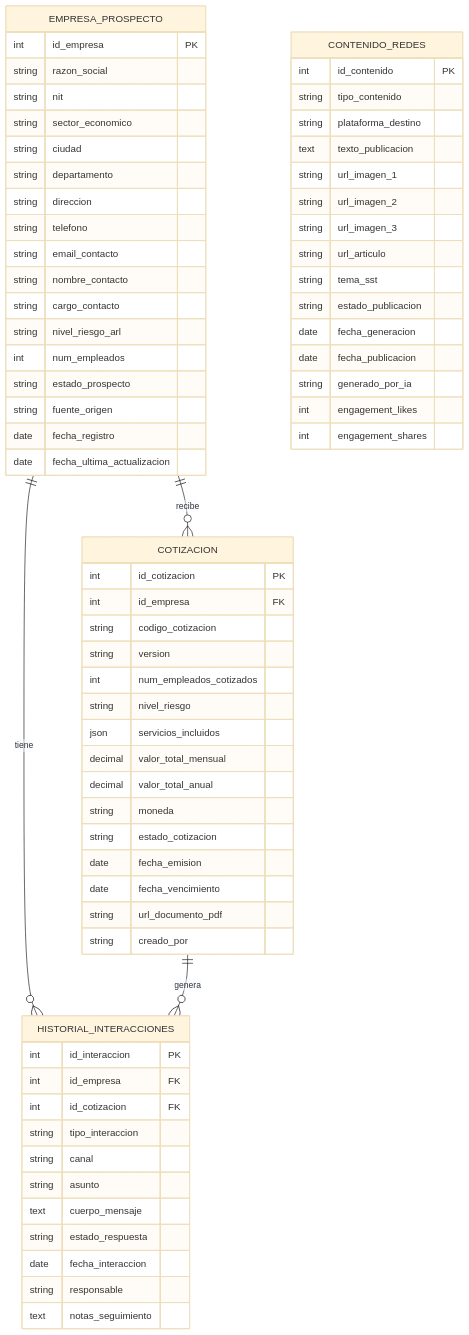
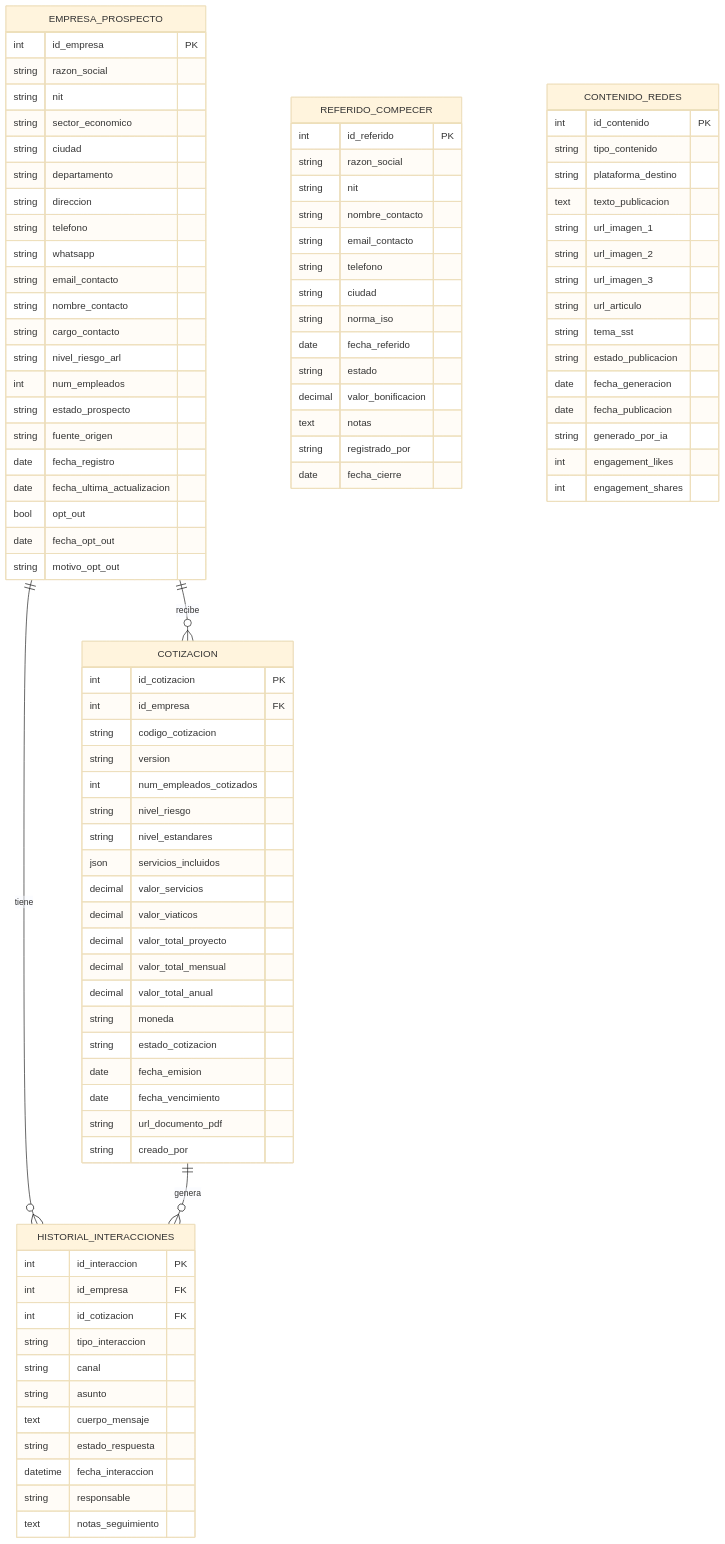
One commit to taniagisel2026-hub/SOFTWARE-COMERCIAL changed the second of 3 diagrams in docs/arquitectura_y_diseno.md. Above: the diagram before and after it, drawn with Mermaid (base theme). The commit also changed other lines of this file and 1 other file, not shown here.

```diff
--- a/docs/arquitectura_y_diseno.md
+++ b/docs/arquitectura_y_diseno.md
@@ -81,7 +100,7 @@
 erDiagram
 
     EMPRESA_PROSPECTO {
-        int     id_empresa          PK
+        int     id_empresa                 PK
         string  razon_social
         string  nit
         string  sector_economico
@@ -89,6 +108,7 @@
         string  departamento
         string  direccion
         string  telefono
+        string  whatsapp
         string  email_contacto
         string  nombre_contacto
         string  cargo_contacto
@@ -98,30 +118,37 @@
         string  fuente_origen
         date    fecha_registro
         date    fecha_ultima_actualizacion
+        bool    opt_out
+        date    fecha_opt_out
+        string  motivo_opt_out
     }
 
     HISTORIAL_INTERACCIONES {
-        int     id_interaccion      PK
-        int     id_empresa          FK
-        int     id_cotizacion       FK
+        int     id_interaccion       PK
+        int     id_empresa           FK
+        int     id_cotizacion        FK
         string  tipo_interaccion
         string  canal
         string  asunto
         text    cuerpo_mensaje
         string  estado_respuesta
-        date    fecha_interaccion
+        datetime fecha_interaccion
         string  responsable
         text    notas_seguimiento
     }
 
     COTIZACION {
-        int     id_cotizacion       PK
-        int     id_empresa          FK
+        int     id_cotizacion              PK
+        int     id_empresa                 FK
         string  codigo_cotizacion
         string  version
         int     num_empleados_cotizados
         string  nivel_riesgo
+        string  nivel_estandares
         json    servicios_incluidos
+        decimal valor_servicios
+        decimal valor_viaticos
+        decimal valor_total_proyecto
         decimal valor_total_mensual
         decimal valor_total_anual
         string  moneda
@@ -130,6 +157,23 @@
         date    fecha_vencimiento
         string  url_documento_pdf
         string  creado_por
+    }
+
+    REFERIDO_COMPECER {
+        int     id_referido          PK
+        string  razon_social
+        string  nit
+        string  nombre_contacto
+        string  email_contacto
+        string  telefono
+        string  ciudad
+        string  norma_iso
+        date    fecha_referido
+        string  estado
+        decimal valor_bonificacion
+        text    notas
+        string  registrado_por
+        date    fecha_cierre
     }
 
     CONTENIDO_REDES {
```
